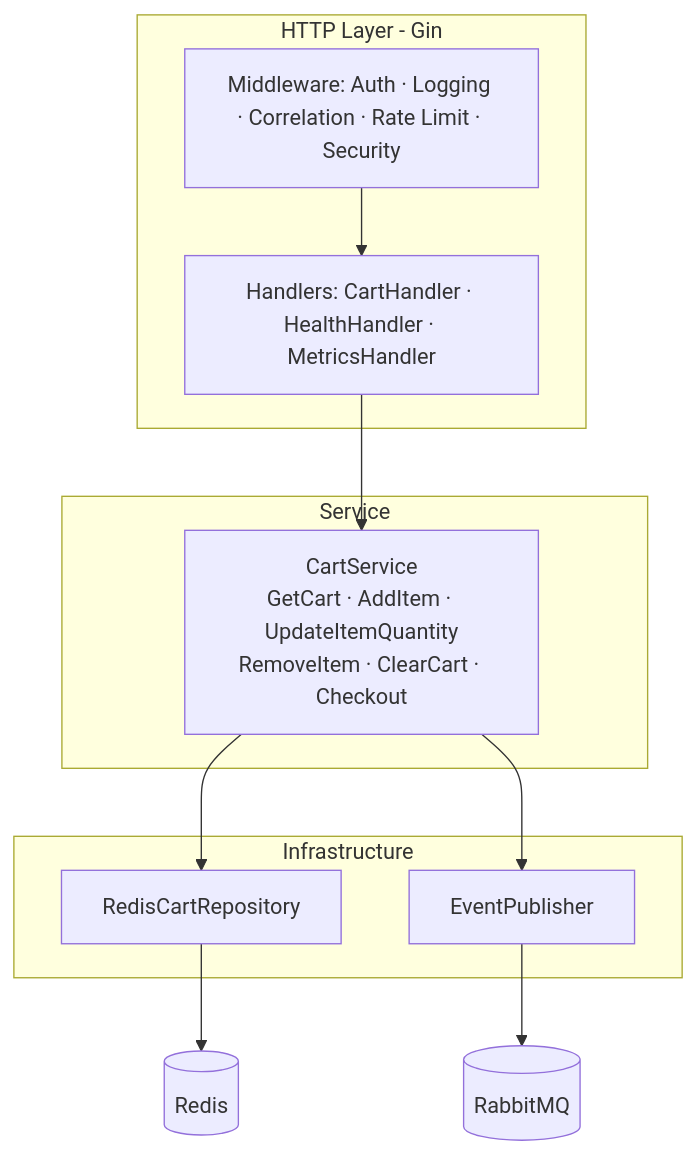
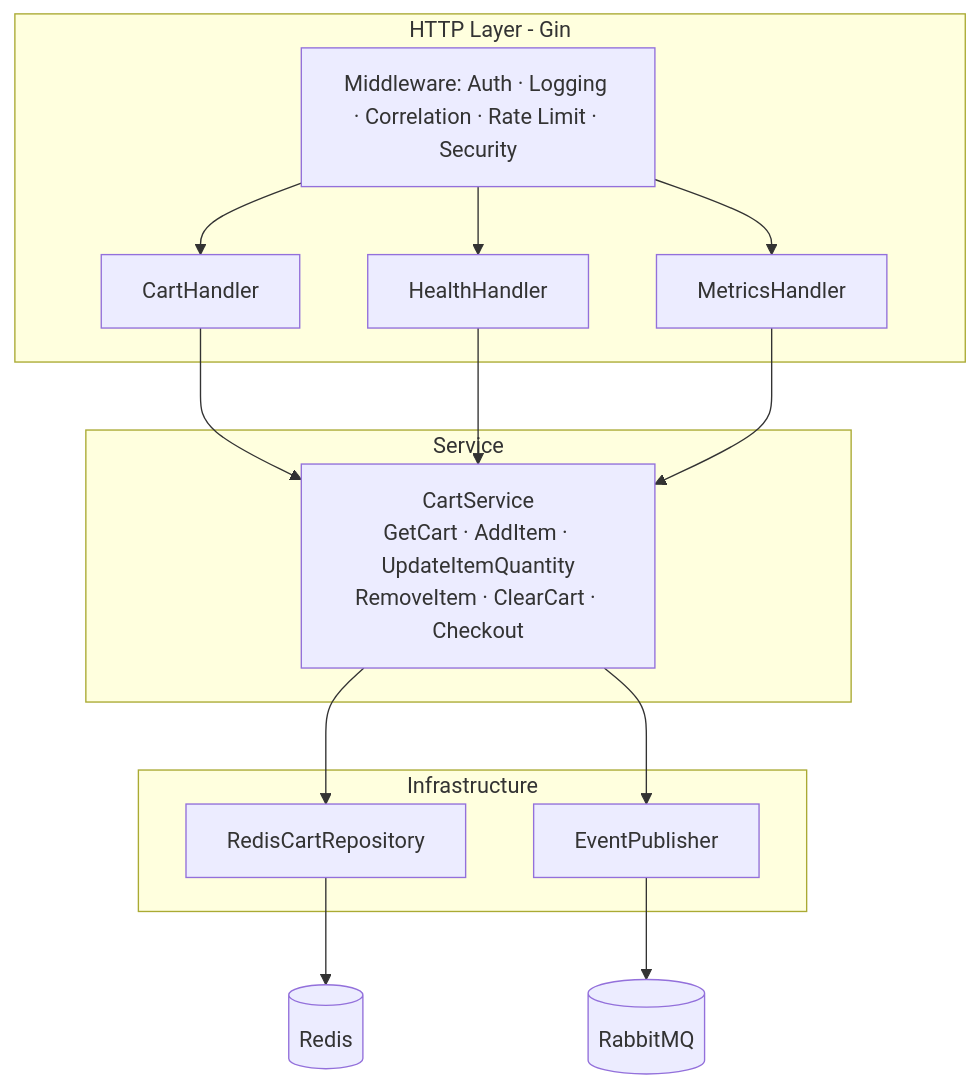
Before and after one commit to wilddog64/shopping-cart-basket: the second of 2 diagrams in docs/architecture/README.md, drawn with Mermaid.

Commit message:
fix: address Copilot review on Mermaid diagrams (#4)
- Component Architecture: remove nested subgraph H (can't connect to
  subgraph as node); connect MW to concrete handler nodes; replace \n
  with <br/> in SVC label
- System Architecture: make Keycloak and RabbitMQ optional (dashed arrows)

````diff
--- a/docs/architecture/README.md
+++ b/docs/architecture/README.md
@@ -25,23 +25,29 @@
 ```mermaid
 graph TD
     subgraph http[HTTP Layer - Gin]
         MW[Middleware: Auth · Logging · Correlation · Rate Limit · Security]
-        H[Handlers: CartHandler · HealthHandler · MetricsHandler]
+        CH[CartHandler]
+        HH[HealthHandler]
+        MH[MetricsHandler]
     end
     subgraph svc[Service]
-        CS[CartService<br>GetCart · AddItem · UpdateItemQuantity<br>RemoveItem · ClearCart · Checkout]
+        CS[CartService<br/>GetCart · AddItem · UpdateItemQuantity<br/>RemoveItem · ClearCart · Checkout]
     end
     subgraph infra[Infrastructure]
         Repo[RedisCartRepository]
         Pub[EventPublisher]
     end
     Redis[(Redis)]
     RMQ[(RabbitMQ)]
 
-    MW --> H
-    H --> CS
+    MW --> CH
+    MW --> HH
+    MW --> MH
+    CH --> CS
+    HH --> CS
+    MH --> CS
     CS --> Repo
     CS --> Pub
     Repo --> Redis
     Pub --> RMQ
 ```
````
